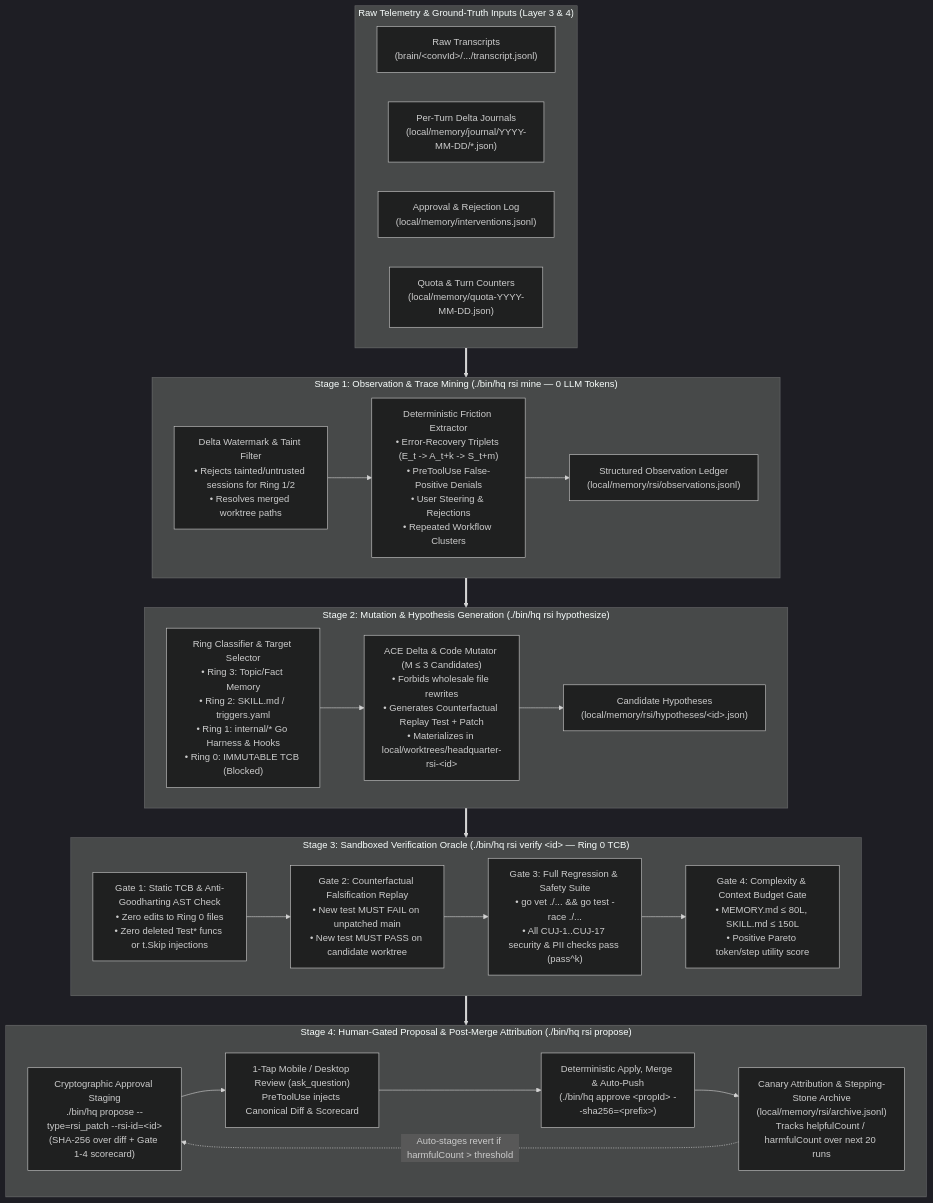
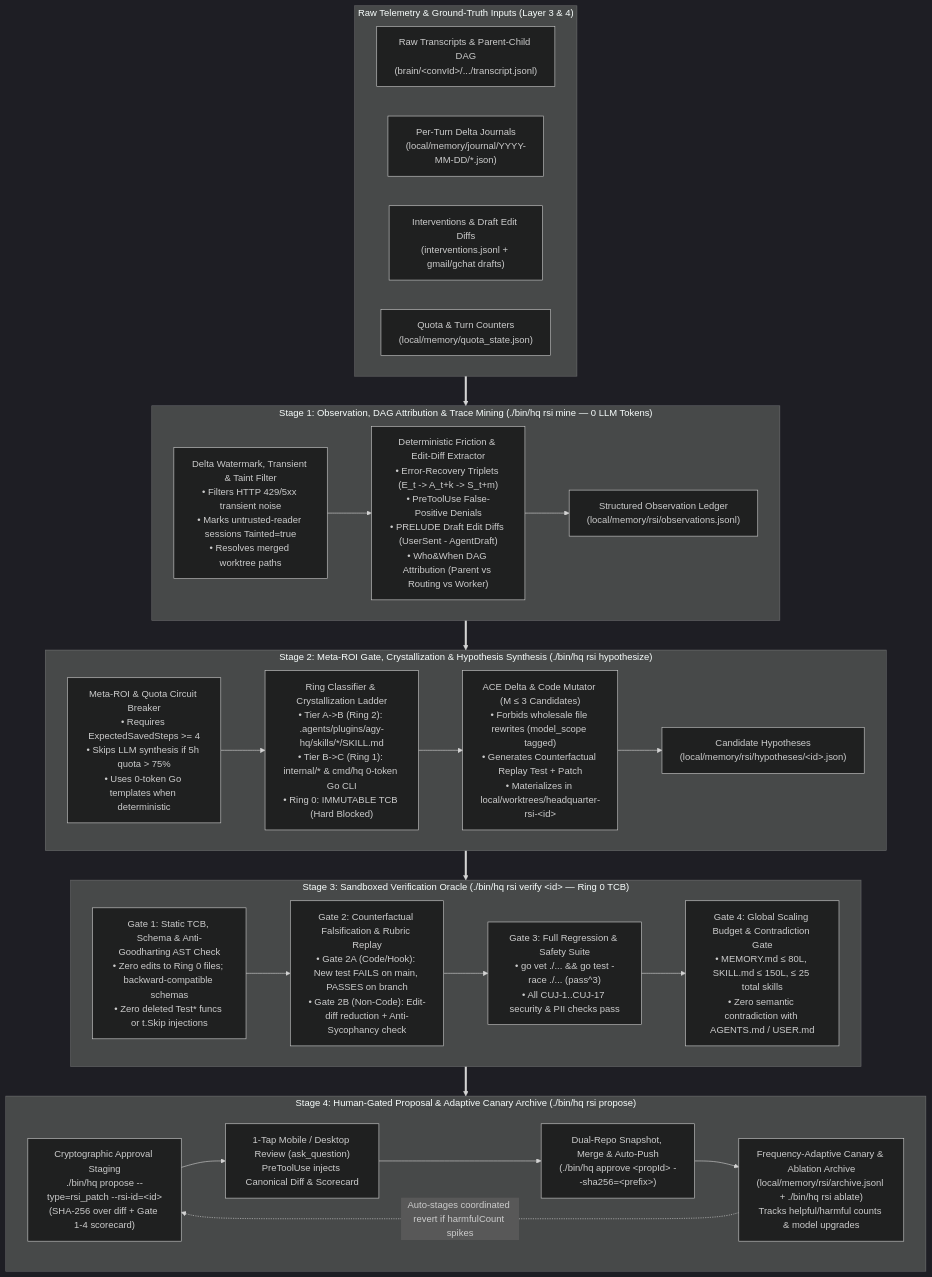
One commit to zjshen14/agy-hq changed the diagram in docs/design/0010-agent-recursive-self-improvement.md. Above: the diagram before and after it, drawn with Mermaid (dark theme). The commit also changed other lines of this file, not shown here.

Commit message:
docs(rsi): upgrade RFC-0010 to v2 with 30-paper & industry prior-art critique

````diff
--- a/docs/design/0010-agent-recursive-self-improvement.md
+++ b/docs/design/0010-agent-recursive-self-improvement.md
@@ -53,42 +68,43 @@
 ```mermaid
 flowchart TB
     subgraph Telemetry["Raw Telemetry & Ground-Truth Inputs (Layer 3 & 4)"]
-        TR["Raw Transcripts\n(brain/&lt;convId&gt;/.../transcript.jsonl)"]
+        TR["Raw Transcripts & Parent-Child DAG\n(brain/&lt;convId&gt;/.../transcript.jsonl)"]
         JN["Per-Turn Delta Journals\n(local/memory/journal/YYYY-MM-DD/*.json)"]
-        IV["Approval & Rejection Log\n(local/memory/interventions.jsonl)"]
-        QT["Quota & Turn Counters\n(local/memory/quota-YYYY-MM-DD.json)"]
+        IV["Interventions & Draft Edit Diffs\n(interventions.jsonl + gmail/gchat drafts)"]
+        QT["Quota & Turn Counters\n(local/memory/quota_state.json)"]
     end
 
-    subgraph Stage1["Stage 1: Observation & Trace Mining (./bin/hq rsi mine — 0 LLM Tokens)"]
-        M1["Delta Watermark & Taint Filter\n• Rejects tainted/untrusted sessions for Ring 1/2\n• Resolves merged worktree paths"]
-        M2["Deterministic Friction Extractor\n• Error-Recovery Triplets (E_t -> A_t+k -> S_t+m)\n• PreToolUse False-Positive Denials\n• User Steering & Rejections\n• Repeated Workflow Clusters"]
+    subgraph Stage1["Stage 1: Observation, DAG Attribution & Trace Mining (./bin/hq rsi mine — 0 LLM Tokens)"]
+        M1["Delta Watermark, Transient & Taint Filter\n• Filters HTTP 429/5xx transient noise\n• Marks untrusted-reader sessions Tainted=true\n• Resolves merged worktree paths"]
+        M2["Deterministic Friction & Edit-Diff Extractor\n• Error-Recovery Triplets (E_t -> A_t+k -> S_t+m)\n• PreToolUse False-Positive Denials\n• PRELUDE Draft Edit Diffs (UserSent - AgentDraft)\n• Who&When DAG Attribution (Parent vs Routing vs Worker)"]
         OB["Structured Observation Ledger\n(local/memory/rsi/observations.jsonl)"]
         M1 --> M2 --> OB
     end
 
-    subgraph Stage2["Stage 2: Mutation & Hypothesis Generation (./bin/hq rsi hypothesize)"]
-        H1["Ring Classifier & Target Selector\n• Ring 3: Topic/Fact Memory\n• Ring 2: SKILL.md / triggers.yaml\n• Ring 1: internal/* Go Harness & Hooks\n• Ring 0: IMMUTABLE TCB (Blocked)"]
-        H2["ACE Delta & Code Mutator (M &le; 3 Candidates)\n• Forbids wholesale file rewrites\n• Generates Counterfactual Replay Test + Patch\n• Materializes in local/worktrees/headquarter-rsi-&lt;id&gt;"]
+    subgraph Stage2["Stage 2: Meta-ROI Gate, Crystallization & Hypothesis Synthesis (./bin/hq rsi hypothesize)"]
+        H0["Meta-ROI & Quota Circuit Breaker\n• Requires ExpectedSavedSteps >= 4\n• Skips LLM synthesis if 5h quota > 75%\n• Uses 0-token Go templates when deterministic"]
+        H1["Ring Classifier & Crystallization Ladder\n• Tier A->B (Ring 2): .agents/plugins/agy-hq/skills/*/SKILL.md\n• Tier B->C (Ring 1): internal/* & cmd/hq 0-token Go CLI\n• Ring 0: IMMUTABLE TCB (Hard Blocked)"]
+        H2["ACE Delta & Code Mutator (M &le; 3 Candidates)\n• Forbids wholesale file rewrites (model_scope tagged)\n• Generates Counterfactual Replay Test + Patch\n• Materializes in local/worktrees/headquarter-rsi-&lt;id&gt;"]
         HY["Candidate Hypotheses\n(local/memory/rsi/hypotheses/&lt;id&gt;.json)"]
-        H1 --> H2 --> HY
+        H0 --> H1 --> H2 --> HY
     end
 
     subgraph Stage3["Stage 3: Sandboxed Verification Oracle (./bin/hq rsi verify &lt;id&gt; — Ring 0 TCB)"]
-        G1["Gate 1: Static TCB & Anti-Goodharting AST Check\n• Zero edits to Ring 0 files\n• Zero deleted Test* funcs or t.Skip injections"]
-        G2["Gate 2: Counterfactual Falsification Replay\n• New test MUST FAIL on unpatched main\n• New test MUST PASS on candidate worktree"]
-        G3["Gate 3: Full Regression & Safety Suite\n• go vet ./... && go test -race ./...\n• All CUJ-1..CUJ-17 security & PII checks pass (pass^k)"]
-        G4["Gate 4: Complexity & Context Budget Gate\n• MEMORY.md &le; 80L, SKILL.md &le; 150L\n• Positive Pareto token/step utility score"]
+        G1["Gate 1: Static TCB, Schema & Anti-Goodharting AST Check\n• Zero edits to Ring 0 files; backward-compatible schemas\n• Zero deleted Test* funcs or t.Skip injections"]
+        G2["Gate 2: Counterfactual Falsification & Rubric Replay\n• Gate 2A (Code/Hook): New test FAILS on main, PASSES on branch\n• Gate 2B (Non-Code): Edit-diff reduction + Anti-Sycophancy check"]
+        G3["Gate 3: Full Regression & Safety Suite\n• go vet ./... && go test -race ./... (pass^3)\n• All CUJ-1..CUJ-17 security & PII checks pass"]
+        G4["Gate 4: Global Scaling Budget & Contradiction Gate\n• MEMORY.md &le; 80L, SKILL.md &le; 150L, &le; 25 total skills\n• Zero semantic contradiction with AGENTS.md / USER.md"]
         G1 --> G2 --> G3 --> G4
     end
 
-    subgraph Stage4["Stage 4: Human-Gated Proposal & Post-Merge Attribution (./bin/hq rsi propose)"]
+    subgraph Stage4["Stage 4: Human-Gated Proposal & Adaptive Canary Archive (./bin/hq rsi propose)"]
         P1["Cryptographic Approval Staging\n./bin/hq propose --type=rsi_patch --rsi-id=&lt;id&gt;\n(SHA-256 over diff + Gate 1-4 scorecard)"]
         P2["1-Tap Mobile / Desktop Review (ask_question)\nPreToolUse injects Canonical Diff & Scorecard"]
-        P3["Deterministic Apply, Merge & Auto-Push\n(./bin/hq approve &lt;propId&gt; --sha256=&lt;prefix&gt;)"]
-        P4["Canary Attribution & Stepping-Stone Archive\n(local/memory/rsi/archive.jsonl)\nTracks helpfulCount / harmfulCount over next 20 runs"]
+        P3["Dual-Repo Snapshot, Merge & Auto-Push\n(./bin/hq approve &lt;propId&gt; --sha256=&lt;prefix&gt;)"]
+        P4["Frequency-Adaptive Canary & Ablation Archive\n(local/memory/rsi/archive.jsonl + ./bin/hq rsi ablate)\nTracks helpful/harmful counts & model upgrades"]
         P1 --> P2 --> P3 --> P4
     end
 
     Telemetry ==> Stage1 ==> Stage2 ==> Stage3 ==> Stage4
-    P4 -.->|"Auto-stages revert if harmfulCount > threshold"| P1
+    P4 -.->|"Auto-stages coordinated revert if harmfulCount spikes"| P1
 ```
````
